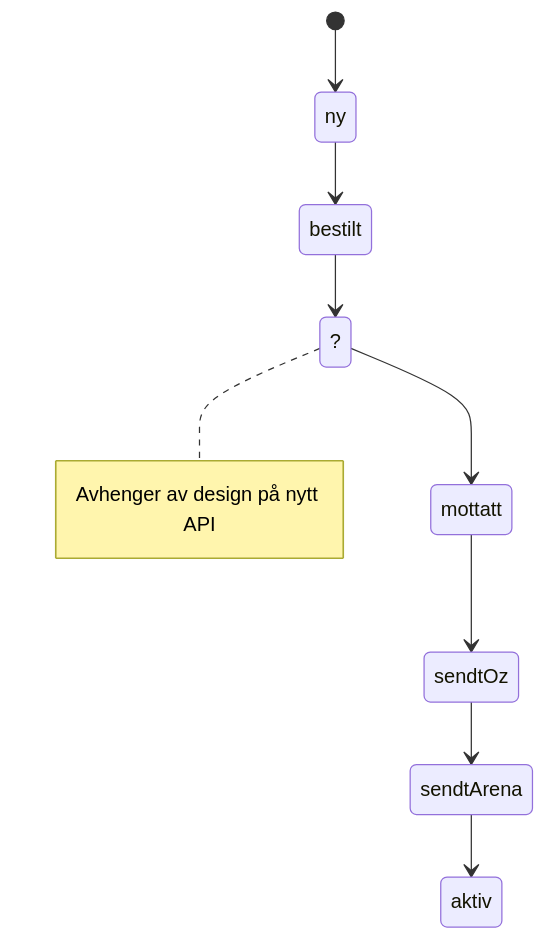
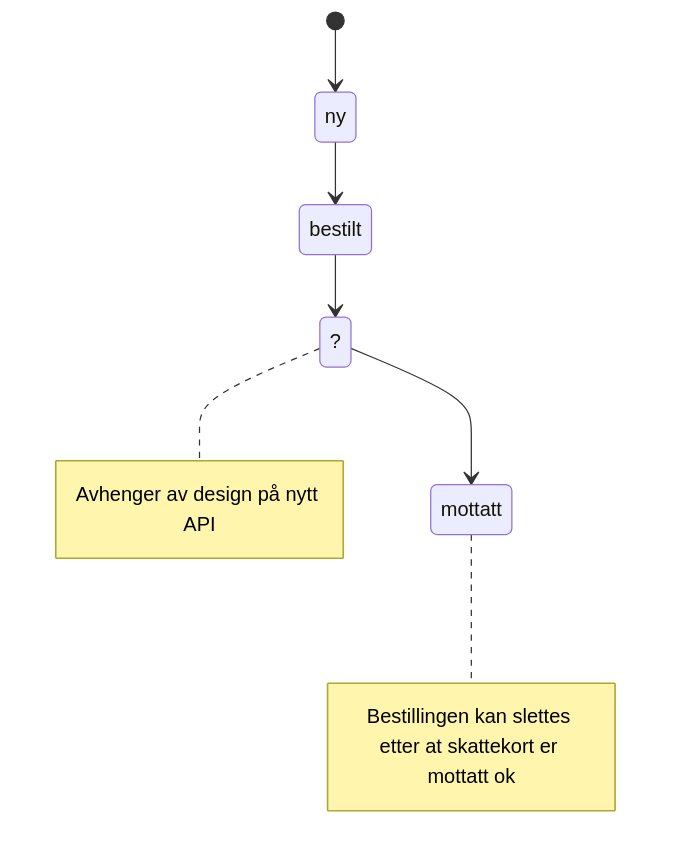
Before and after one commit to navikt/sokos-skattekort: the third of 5 diagrams in README.md, drawn with Mermaid. The commit also changed other lines of this file and 10 other files, not shown here.

````diff
--- a/README.md
+++ b/README.md
@@ -89,11 +117,9 @@
 ```mermaid
 stateDiagram-v2
     [*]-->ny
     ny-->bestilt
     bestilt-->?
     note right of ?: Avhenger av design på nytt API
     ?-->mottatt
-    mottatt-->sendtOz
-    sendtOz-->sendtArena
-    sendtArena-->aktiv
+    note right of mottatt: Bestillingen kan slettes etter at skattekort er mottatt ok
 ```
````
